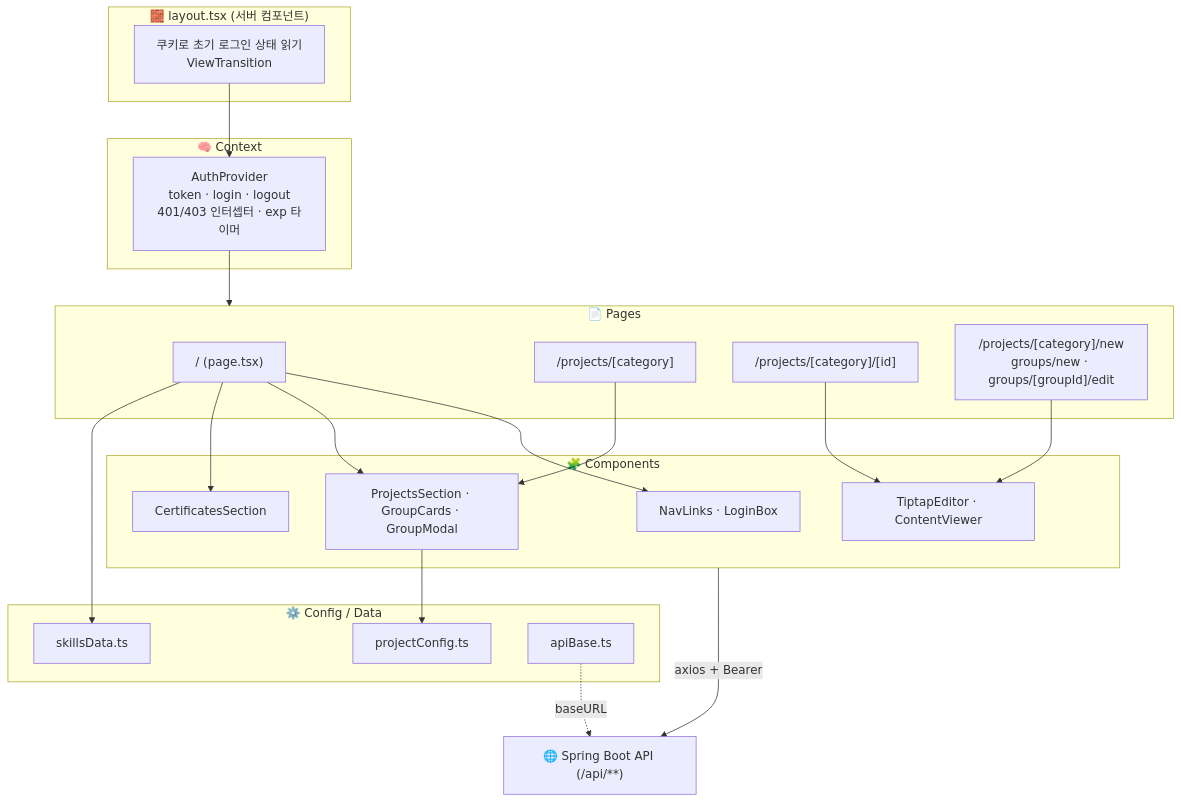
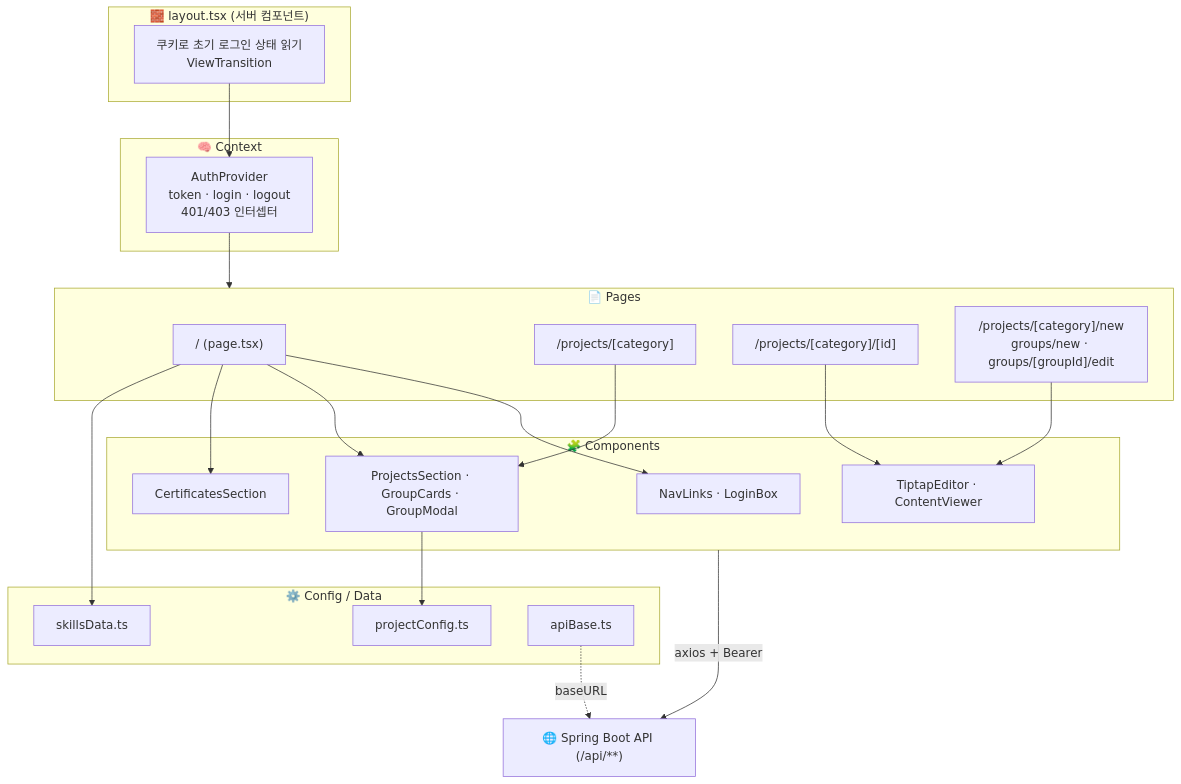
Before and after one commit to JOLDO/joldoPortfolio-web: the second of 6 diagrams in README.md, drawn with Mermaid. The commit also changed other lines of this file, not shown here.

````diff
--- a/README.md
+++ b/README.md
@@ -115,36 +111,36 @@
 ```mermaid
 flowchart TD
     subgraph Layout["🧱 layout.tsx (서버 컴포넌트)"]
         LY[쿠키로 초기 로그인 상태 읽기<br/>ViewTransition]
     end
     subgraph Context["🧠 Context"]
-        AP[AuthProvider<br/>token · login · logout<br/>401/403 인터셉터 · exp 타이머]
+        AP[AuthProvider<br/>token · login · logout<br/>401/403 인터셉터]
     end
     subgraph Pages["📄 Pages"]
         P1["/ (page.tsx)"]
         P2["/projects/[category]"]
         P3["/projects/[category]/[id]"]
         P4["/projects/[category]/new<br/>groups/new · groups/[groupId]/edit"]
     end
     subgraph Components["🧩 Components"]
         C1[NavLinks · LoginBox]
         C2[ProjectsSection · GroupCards · GroupModal]
         C3[CertificatesSection]
         C4[TiptapEditor · ContentViewer]
     end
     subgraph Config["⚙️ Config / Data"]
         D1[projectConfig.ts]
         D2[skillsData.ts]
         D3[apiBase.ts]
     end
     API["🌐 Spring Boot API (/api/**)"]
 
     LY --> AP --> Pages
     P1 --> C1 & C2 & C3
     P1 --> D2
     P2 --> C2
     P3 & P4 --> C4
     C2 --> D1
     Components -->|axios + Bearer| API
     D3 -.->|baseURL| API
 ```
````
